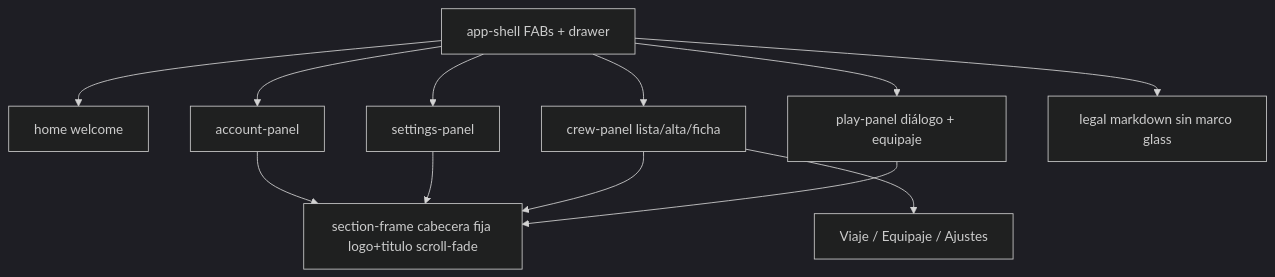
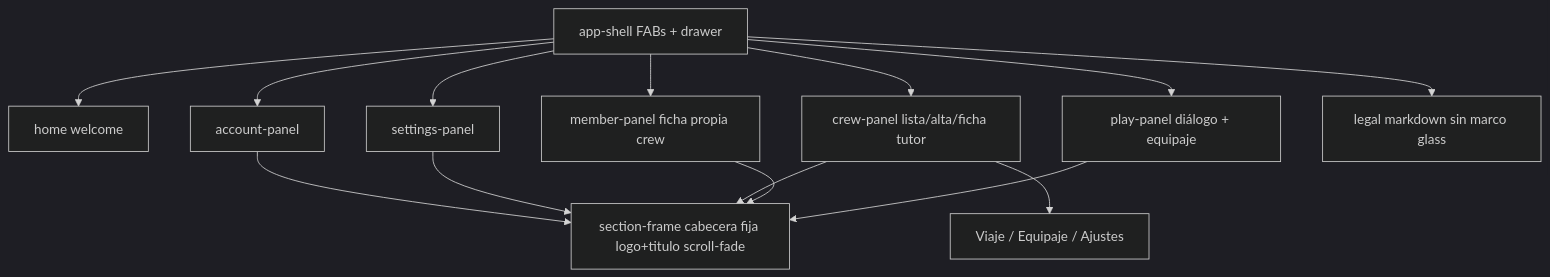
Before and after one commit to KuiperBelt-PRO/kidepik: the first of 2 diagrams in .cursor/diagrams/10-parent-surfaces.md, drawn with Mermaid (dark theme). The commit also changed other lines of this file and 85 other files, not shown here.

First line of the commit message:
add crew member accounts and developer debug for crew

````diff
--- a/.cursor/diagrams/10-parent-surfaces.md
+++ b/.cursor/diagrams/10-parent-surfaces.md
@@ -5,18 +5,20 @@
 ```mermaid
 flowchart TB
   Shell[app-shell FABs + drawer]
   Frame[section-frame cabecera fija logo+titulo scroll-fade]
 
   Shell --> Home[home welcome]
   Shell --> Acc[account-panel]
   Shell --> Set[settings-panel]
-  Shell --> Crew[crew-panel lista/alta/ficha]
+  Shell --> Crew[crew-panel lista/alta/ficha tutor]
+  Shell --> Member[member-panel ficha propia crew]
   Shell --> Play[play-panel diálogo + equipaje]
   Shell --> Legal[legal markdown sin marco glass]
 
   Crew --> Tabs[Viaje / Equipaje / Ajustes]
   Acc --> Frame
   Set --> Frame
   Crew --> Frame
+  Member --> Frame
   Play --> Frame
 ```
````
